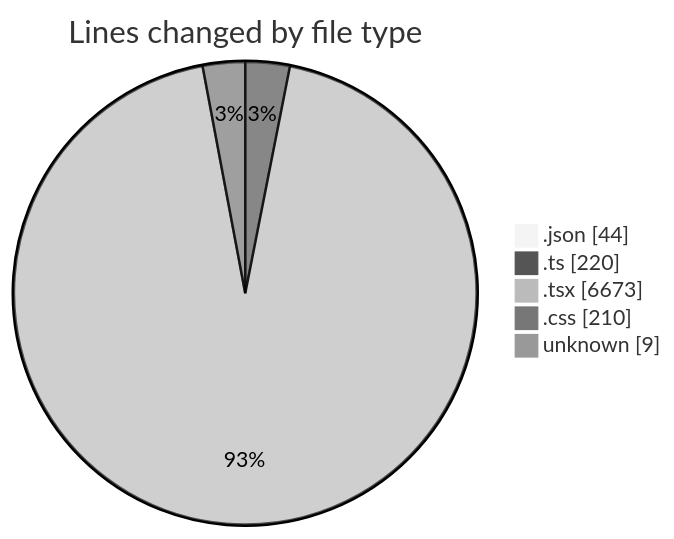
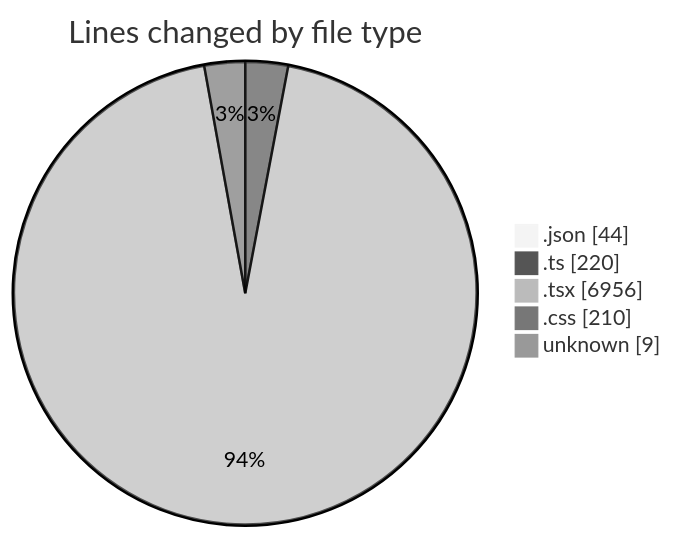
One commit to julien-gomy/code-tracking changed the first of 2 diagrams in 2025-10-24/eventscop-frontend-guide__workspace_/README.md. Above: the diagram before and after it, drawn with Mermaid (neutral theme). The commit also changed other lines of this file and 1 other file, not shown here.

````diff
--- a/2025-10-24/eventscop-frontend-guide__workspace_/README.md
+++ b/2025-10-24/eventscop-frontend-guide__workspace_/README.md
@@ -49,9 +49,9 @@
 ```mermaid
 pie showData
 title Lines changed by file type
 ".json" : 44
 ".ts" : 220
-".tsx" : 6673
+".tsx" : 6956
 ".css" : 210
 "unknown" : 9
 ```
````
